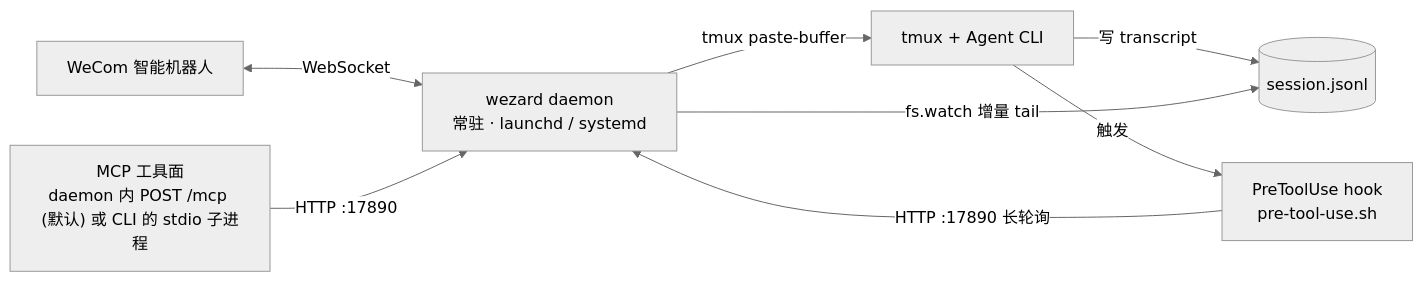
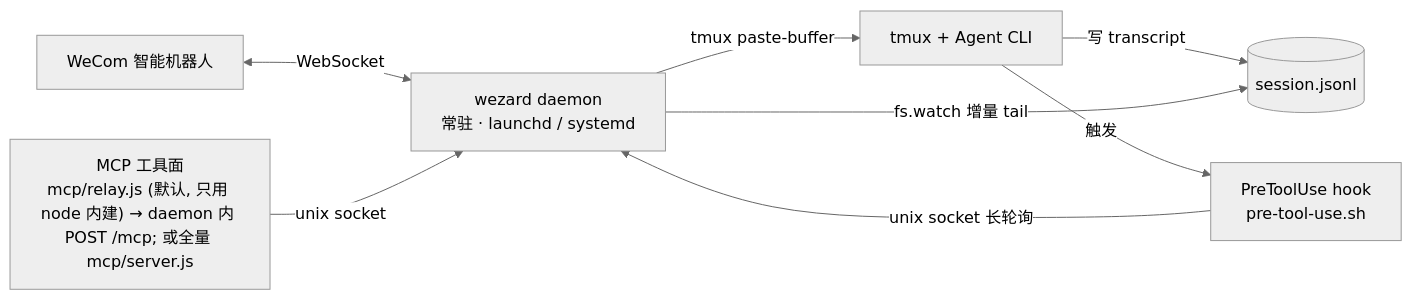
The first of 12 diagrams in 技术说明.md (guxi11/wezard), drawn with Mermaid (neutral theme) before and after one commit. The commit also changed other lines of this file and 12 other files, not shown here.

````diff
--- a/技术说明.md
+++ b/技术说明.md
@@ -13,10 +13,10 @@
 ```mermaid
 flowchart LR
     wecom["WeCom 智能机器人"] <-- WebSocket --> daemon["wezard daemon<br/>常驻 · launchd / systemd"]
-    hook["PreToolUse hook<br/>pre-tool-use.sh"] -- "HTTP :17890 长轮询" --> daemon
-    mcp["MCP 工具面<br/>daemon 内 POST /mcp (默认) 或 CLI 的 stdio 子进程"] -- "HTTP :17890" --> daemon
+    hook["PreToolUse hook<br/>pre-tool-use.sh"] -- "unix socket 长轮询" --> daemon
+    mcp["MCP 工具面<br/>mcp/relay.js (默认, 只用 node 内建) → daemon 内 POST /mcp; 或全量 mcp/server.js"] -- "unix socket" --> daemon
     daemon -- "tmux paste-buffer" --> cli["tmux + Agent CLI"]
     cli -- "写 transcript" --> jsonl[("session.jsonl")]
     daemon -- "fs.watch 增量 tail" --> jsonl
     cli -- 触发 --> hook
 ```
````
